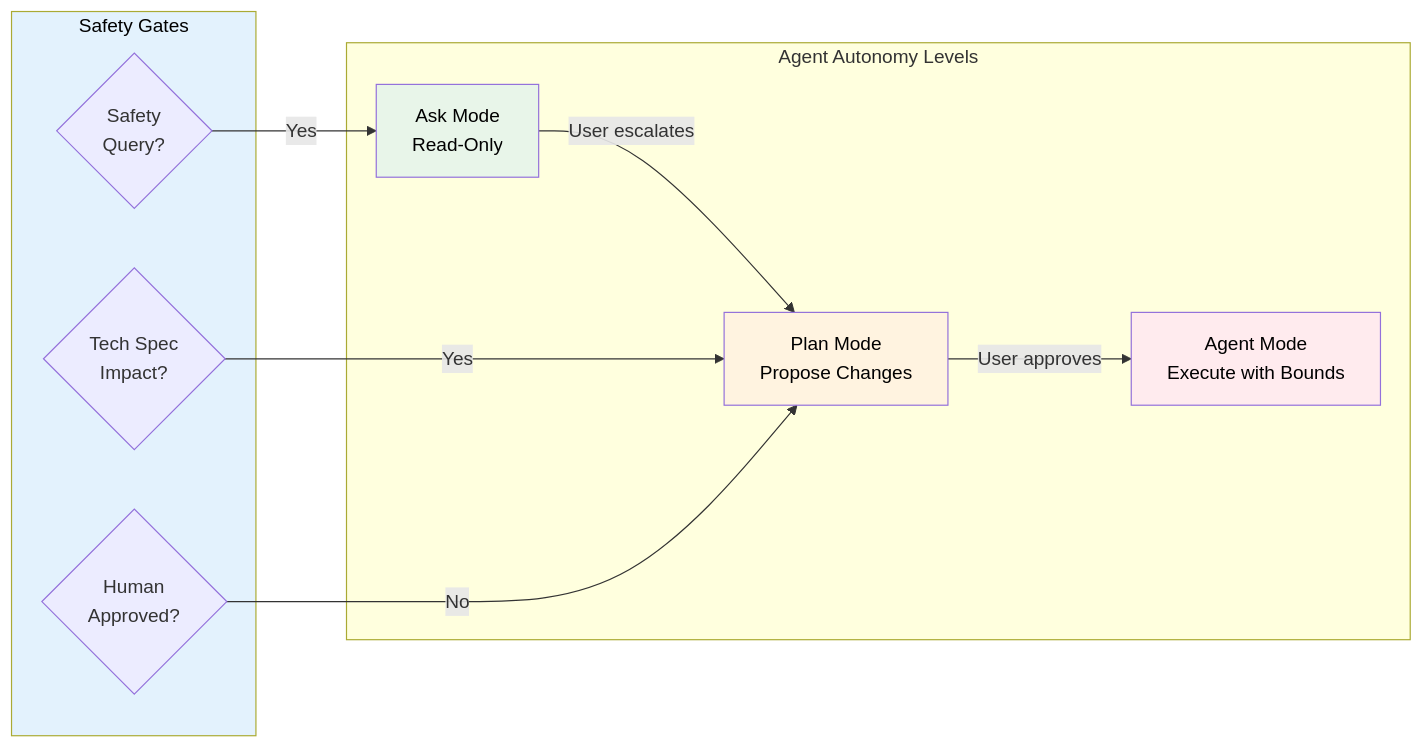
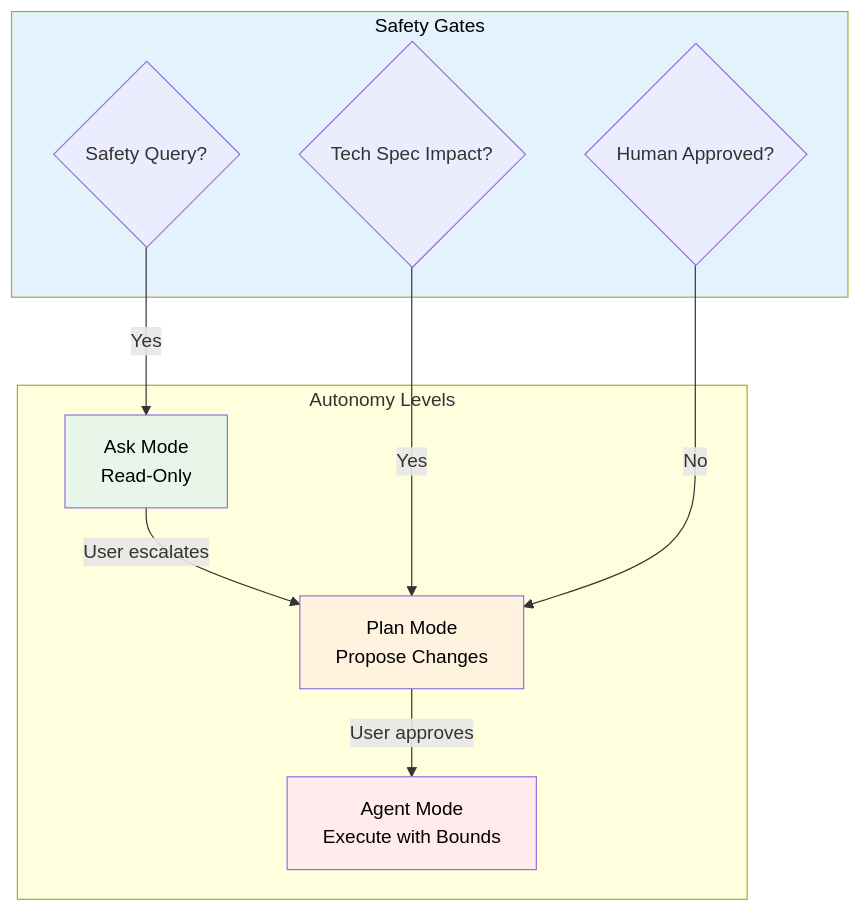
The first of 3 diagrams in docs/requirements/prd-agents.md (UT-Computational-NE/neutron-os-core), drawn with Mermaid before and after one commit. The commit also changed other lines of this file and 97 other files, not shown here.

````diff
--- a/docs/requirements/prd-agents.md
+++ b/docs/requirements/prd-agents.md
@@ -94,26 +94,25 @@
 ```mermaid
-flowchart LR
-    subgraph Autonomy["Agent Autonomy Levels"]
+flowchart TB
+    subgraph Autonomy["Autonomy Levels"]
         Ask[Ask Mode<br/>Read-Only]
+        Ask -->|User escalates| Plan
         Plan[Plan Mode<br/>Propose Changes]
+        Plan -->|User approves| Agent
         Agent[Agent Mode<br/>Execute with Bounds]
     end
 
     subgraph Gates["Safety Gates"]
-        G1{Safety<br/>Query?}
-        G2{Tech Spec<br/>Impact?}
-        G3{Human<br/>Approved?}
+        G1{Safety Query?}
+        G2{Tech Spec Impact?}
+        G3{Human Approved?}
     end
-
-    Ask -->|User escalates| Plan
-    Plan -->|User approves| Agent
 
     G1 -->|Yes| Ask
     G2 -->|Yes| Plan
     G3 -->|No| Plan
 
     style Ask fill:#e8f5e9,color:#000000
     style Plan fill:#fff3e0,color:#000000
     style Agent fill:#ffebee,color:#000000
     style Gates fill:#e3f2fd,color:#000000
 ```
````
